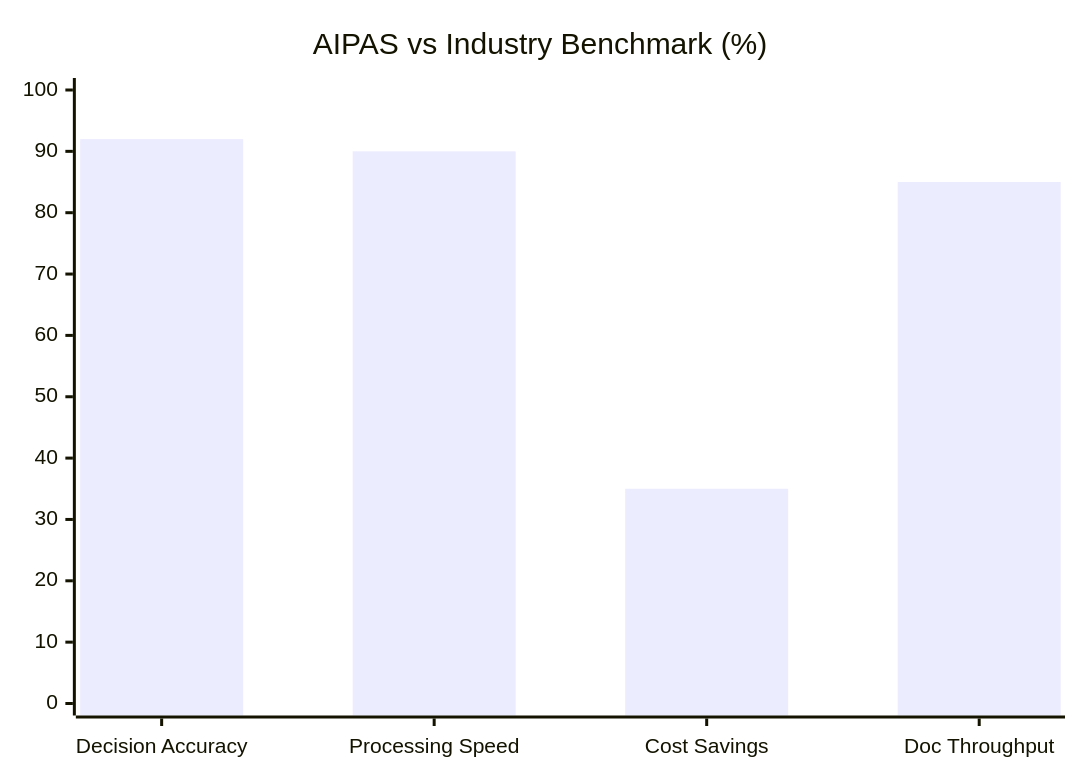
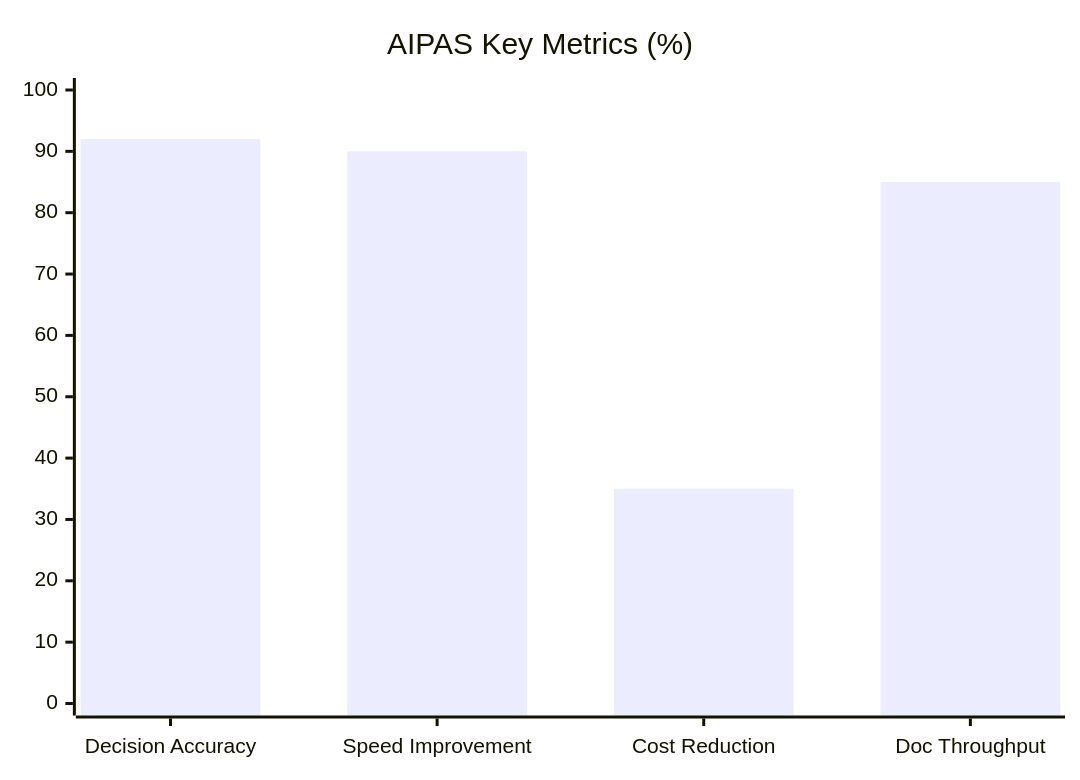
The seventh of 10 diagrams in README.md (Hamza-Kahloon786/Hamza-Kahloon786), drawn with Mermaid before and after one commit. The commit also changed other lines of this file, not shown here.

````diff
--- a/README.md
+++ b/README.md
@@ -205,7 +207,7 @@
 ```mermaid
 xychart-beta
-    title "AIPAS vs Industry Benchmark (%)"
-    x-axis ["Decision Accuracy", "Processing Speed", "Cost Savings", "Doc Throughput"]
+    title "AIPAS Key Metrics (%)"
+    x-axis ["Decision Accuracy", "Speed Improvement", "Cost Reduction", "Doc Throughput"]
     y-axis 0 --> 100
     bar [92, 90, 35, 85]
 ```
````
